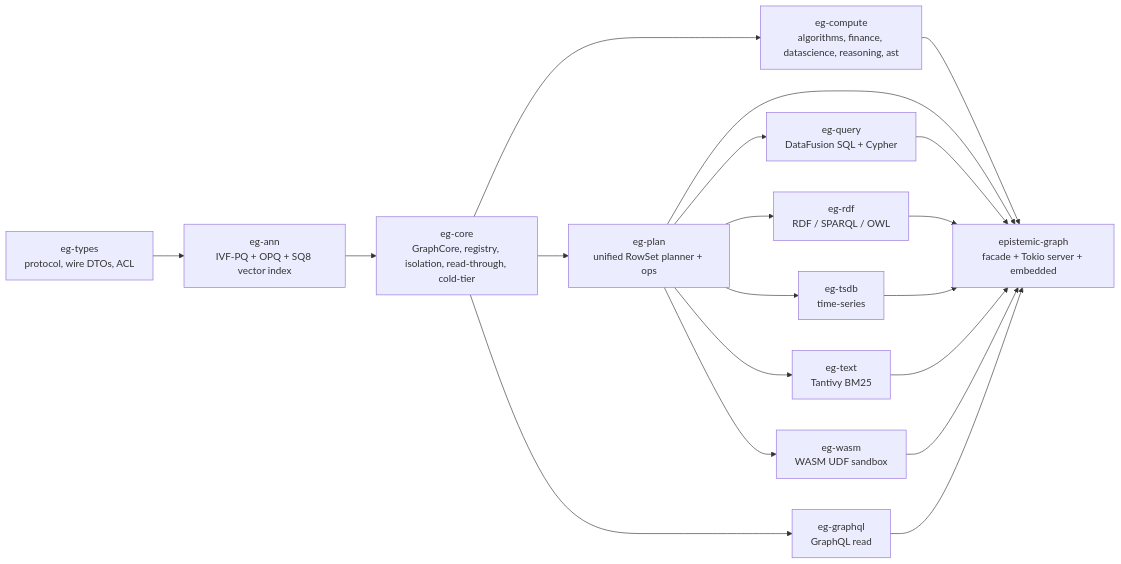
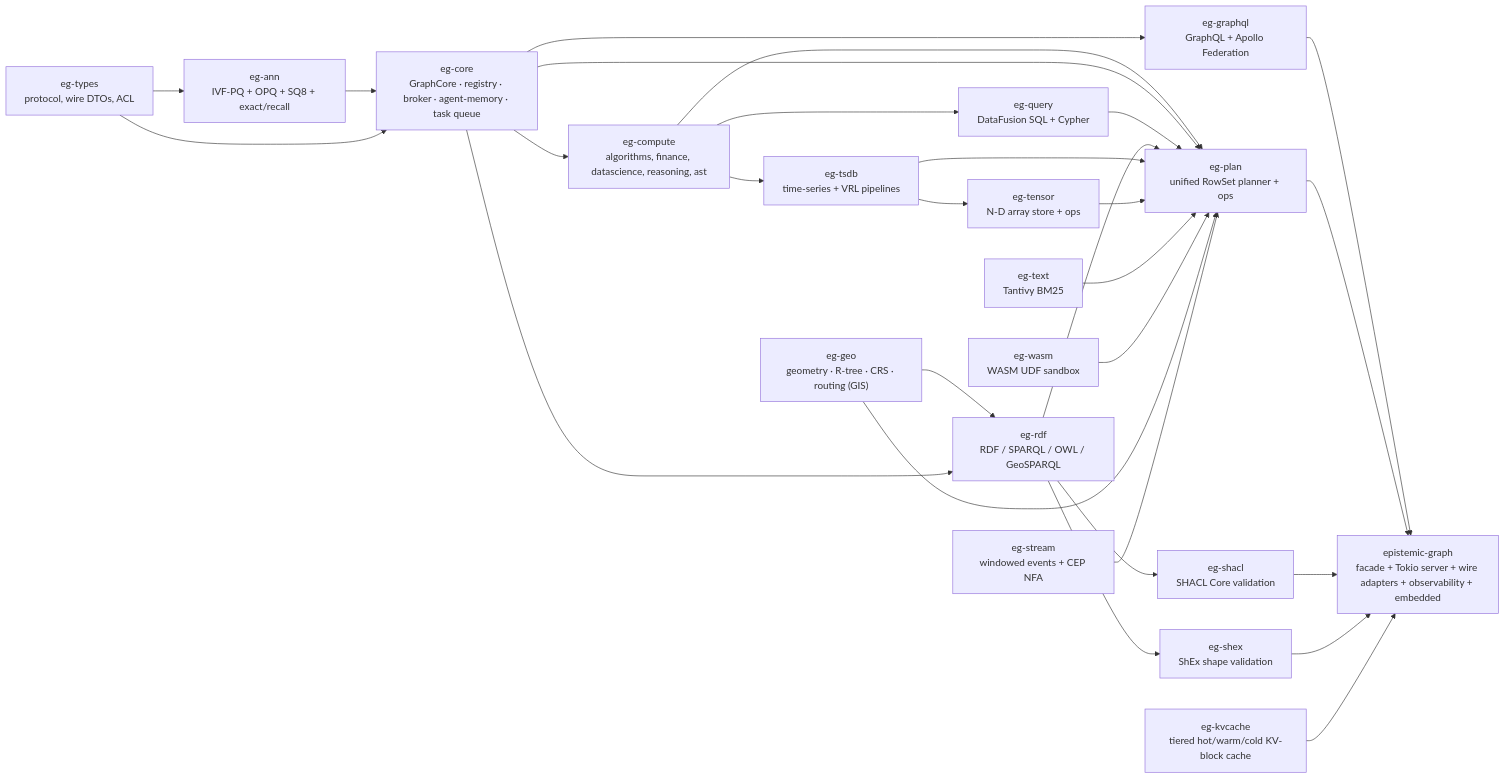
The second of 3 diagrams in docs/overview.md (Knuckles-Team/epistemic-graph), drawn with Mermaid before and after one commit. The commit also changed other lines of this file and 4 other files, not shown here.

First line of the commit message:
docs(architecture): document waves 18-22 subsystems + C4 diagrams + 2.2.0 roadmap

````diff
--- a/docs/overview.md
+++ b/docs/overview.md
@@ -53,24 +53,44 @@
 ```mermaid
 flowchart LR
     EGT["eg-types<br/>protocol, wire DTOs, ACL"]
-    EGANN["eg-ann<br/>IVF-PQ + OPQ + SQ8 vector index"]
-    EGCORE["eg-core<br/>GraphCore, registry, isolation, read-through, cold-tier"]
-    EGCOMPUTE["eg-compute<br/>algorithms, finance, datascience, reasoning, ast"]
-    EGPLAN["eg-plan<br/>unified RowSet planner + ops"]
-    EGQUERY["eg-query<br/>DataFusion SQL + Cypher"]
-    EGRDF["eg-rdf<br/>RDF / SPARQL / OWL"]
-    EGTSDB["eg-tsdb<br/>time-series"]
+    EGANN["eg-ann<br/>IVF-PQ + OPQ + SQ8 + exact/recall"]
+    EGGEO["eg-geo<br/>geometry · R-tree · CRS · routing (GIS)"]
+    EGSTREAM["eg-stream<br/>windowed events + CEP NFA"]
+    EGKV["eg-kvcache<br/>tiered hot/warm/cold KV-block cache"]
     EGTEXT["eg-text<br/>Tantivy BM25"]
     EGWASM["eg-wasm<br/>WASM UDF sandbox"]
-    EGGQL["eg-graphql<br/>GraphQL read"]
-    FACADE["epistemic-graph<br/>facade + Tokio server + embedded"]
+    EGCORE["eg-core<br/>GraphCore · registry · broker · agent-memory · task queue"]
+    EGCOMPUTE["eg-compute<br/>algorithms, finance, datascience, reasoning, ast"]
+    EGQUERY["eg-query<br/>DataFusion SQL + Cypher"]
+    EGTSDB["eg-tsdb<br/>time-series + VRL pipelines"]
+    EGTENSOR["eg-tensor<br/>N-D array store + ops"]
+    EGRDF["eg-rdf<br/>RDF / SPARQL / OWL / GeoSPARQL"]
+    EGSHACL["eg-shacl<br/>SHACL Core validation"]
+    EGSHEX["eg-shex<br/>ShEx shape validation"]
+    EGPLAN["eg-plan<br/>unified RowSet planner + ops"]
+    EGGQL["eg-graphql<br/>GraphQL + Apollo Federation"]
+    FACADE["epistemic-graph<br/>facade + Tokio server + wire adapters + observability + embedded"]
 
-    EGT --> EGANN --> EGCORE --> EGCOMPUTE --> FACADE
-    EGCORE --> EGPLAN --> FACADE
-    EGPLAN --> EGQUERY --> FACADE
-    EGPLAN --> EGRDF --> FACADE
-    EGPLAN --> EGTSDB --> FACADE
-    EGPLAN --> EGTEXT --> FACADE
-    EGPLAN --> EGWASM --> FACADE
+    EGT --> EGANN --> EGCORE
+    EGT --> EGCORE
+    EGCORE --> EGCOMPUTE --> EGQUERY
+    EGCOMPUTE --> EGTSDB --> EGTENSOR
+    EGGEO --> EGRDF
+    EGCORE --> EGRDF --> EGSHACL
+    EGRDF --> EGSHEX
     EGCORE --> EGGQL --> FACADE
+    EGCOMPUTE --> EGPLAN
+    EGCORE --> EGPLAN
+    EGQUERY --> EGPLAN
+    EGRDF --> EGPLAN
+    EGTSDB --> EGPLAN
+    EGTENSOR --> EGPLAN
+    EGTEXT --> EGPLAN
+    EGWASM --> EGPLAN
+    EGGEO --> EGPLAN
+    EGSTREAM --> EGPLAN
+    EGPLAN --> FACADE
+    EGSHACL --> FACADE
+    EGSHEX --> FACADE
+    EGKV --> FACADE
 ```
````
